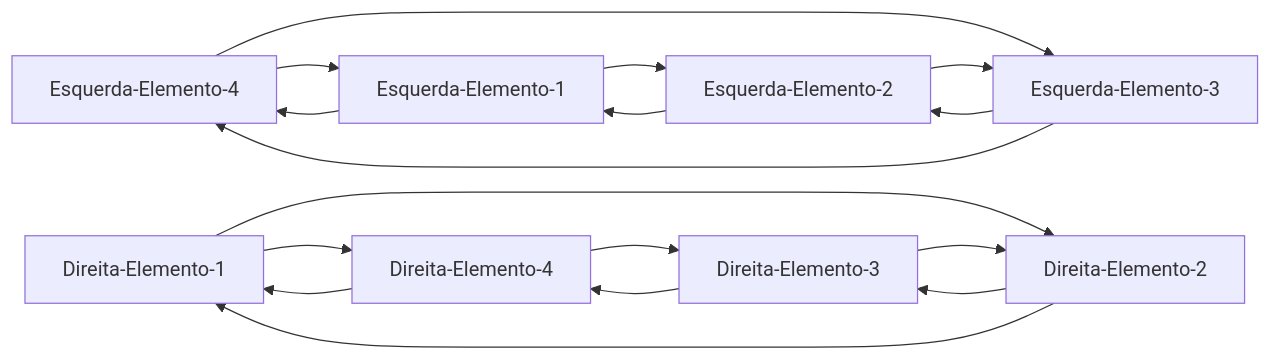
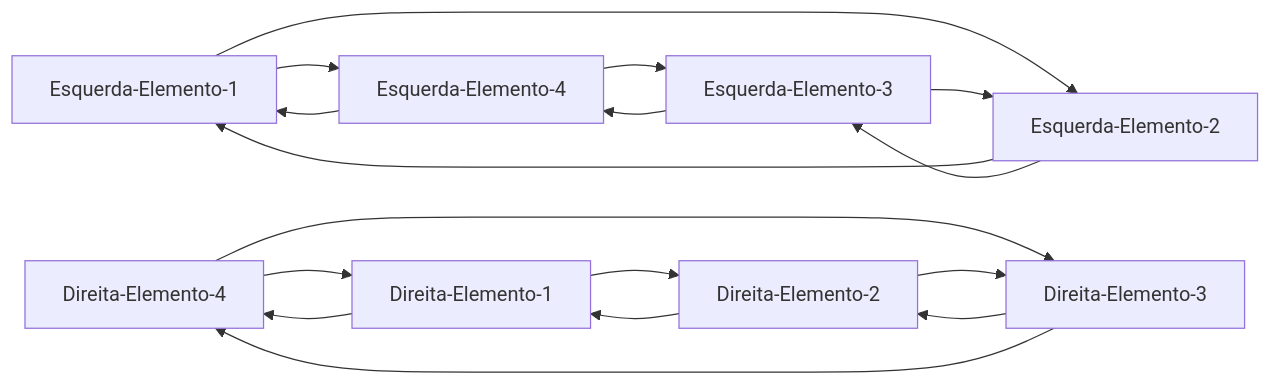
Before and after one commit to samuelcolares/doubleverticalSlider: the sixth of 8 diagrams in README.md, drawn with Mermaid. The commit also changed other lines of this file, not shown here.

````diff
--- a/README.md
+++ b/README.md
@@ -40,11 +133,11 @@
 ```mermaid
 graph LR;
-    Esquerda-Elemento-4 --> Esquerda-Elemento-1 & Esquerda-Elemento-3;
+    Esquerda-Elemento-1 --> Esquerda-Elemento-4 & Esquerda-Elemento-2;
+    Esquerda-Elemento-2 --> Esquerda-Elemento-1 & Esquerda-Elemento-3;
     Esquerda-Elemento-3 --> Esquerda-Elemento-2 & Esquerda-Elemento-4;
-    Esquerda-Elemento-2 --> Esquerda-Elemento-1 & Esquerda-Elemento-3;
-    Esquerda-Elemento-1 --> Esquerda-Elemento-4 & Esquerda-Elemento-2;
+    Esquerda-Elemento-4 --> Esquerda-Elemento-3 & Esquerda-Elemento-1;
+    Direita-Elemento-4 --> Direita-Elemento-1 & Direita-Elemento-3;
+    Direita-Elemento-3 --> Direita-Elemento-2 & Direita-Elemento-4;
+    Direita-Elemento-2 --> Direita-Elemento-3 & Direita-Elemento-1;
     Direita-Elemento-1 --> Direita-Elemento-4 & Direita-Elemento-2;
-    Direita-Elemento-2 --> Direita-Elemento-3 & Direita-Elemento-1;
-    Direita-Elemento-3 --> Direita-Elemento-2 & Direita-Elemento-4;
-    Direita-Elemento-4 --> Direita-Elemento-1 & Direita-Elemento-3;
 ```
````
